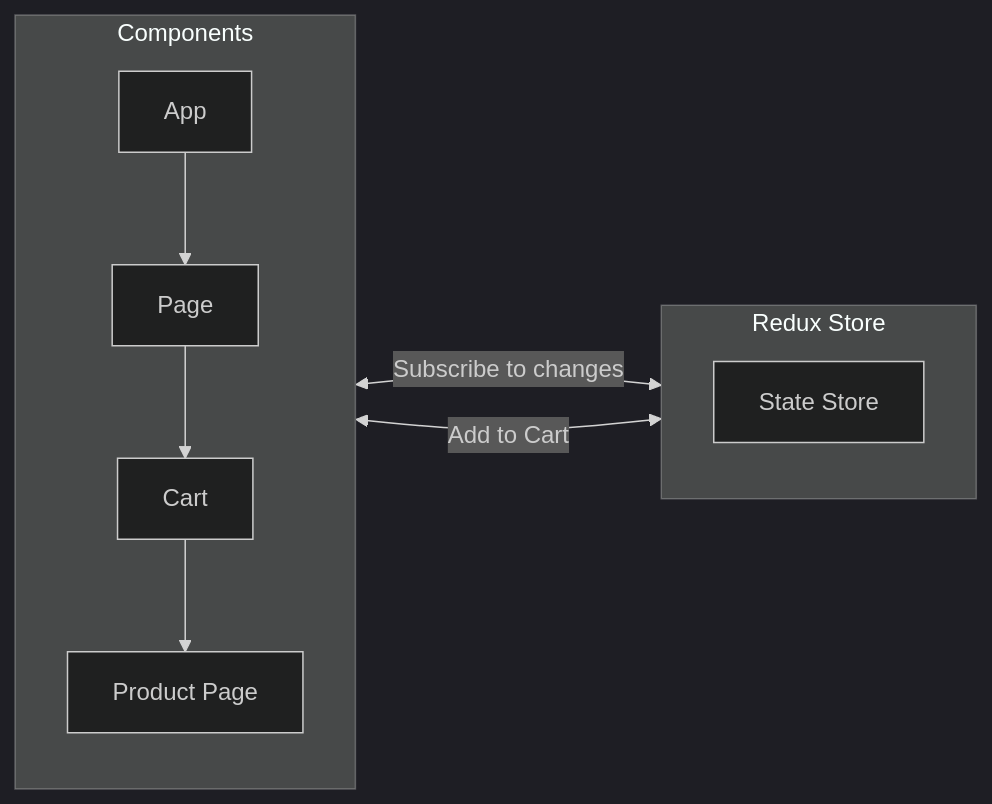
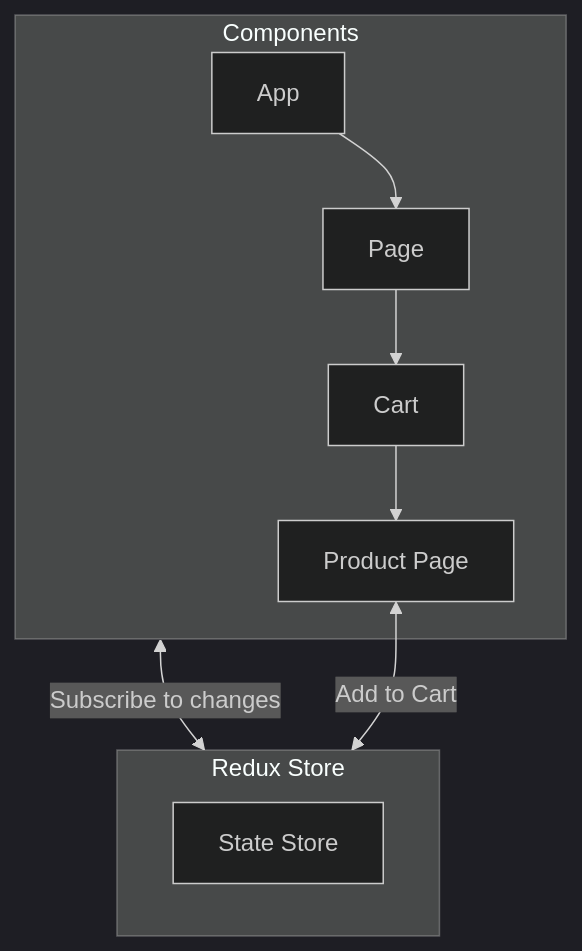
The second of 2 diagrams in InformationTechnology/WebDevelopment/redux.md (oreximus/learnings), drawn with Mermaid (dark theme) before and after one commit.

Commit message:
[nb] Edit: InformationTechnology/WebDevelopment/redux.md

````diff
--- a/InformationTechnology/WebDevelopment/redux.md
+++ b/InformationTechnology/WebDevelopment/redux.md
@@ -40,14 +40,13 @@
 ```mermaid
-flowchart LR
+flowchart TB
     subgraph id1["Components"]
-        direction TB
         A["App"] --> B["Page"]
         B --> C["Cart"]
         C --> D["Product Page"]
     end
     subgraph id2["Redux Store"]
         F["State Store"]
     end
     id1 <-- "Subscribe to changes" --> id2
     D <-- "Add to Cart" --> id2
 ```
````
